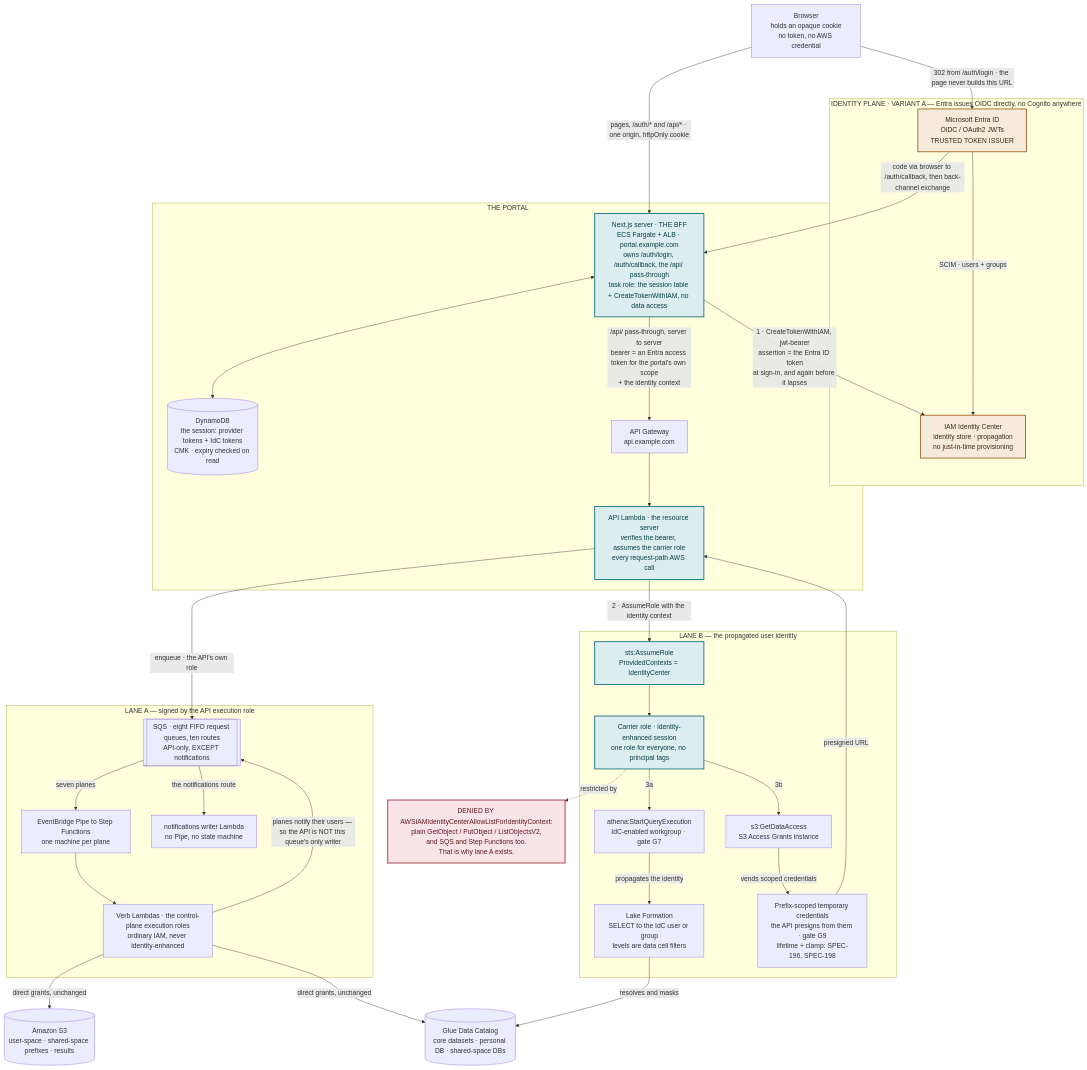
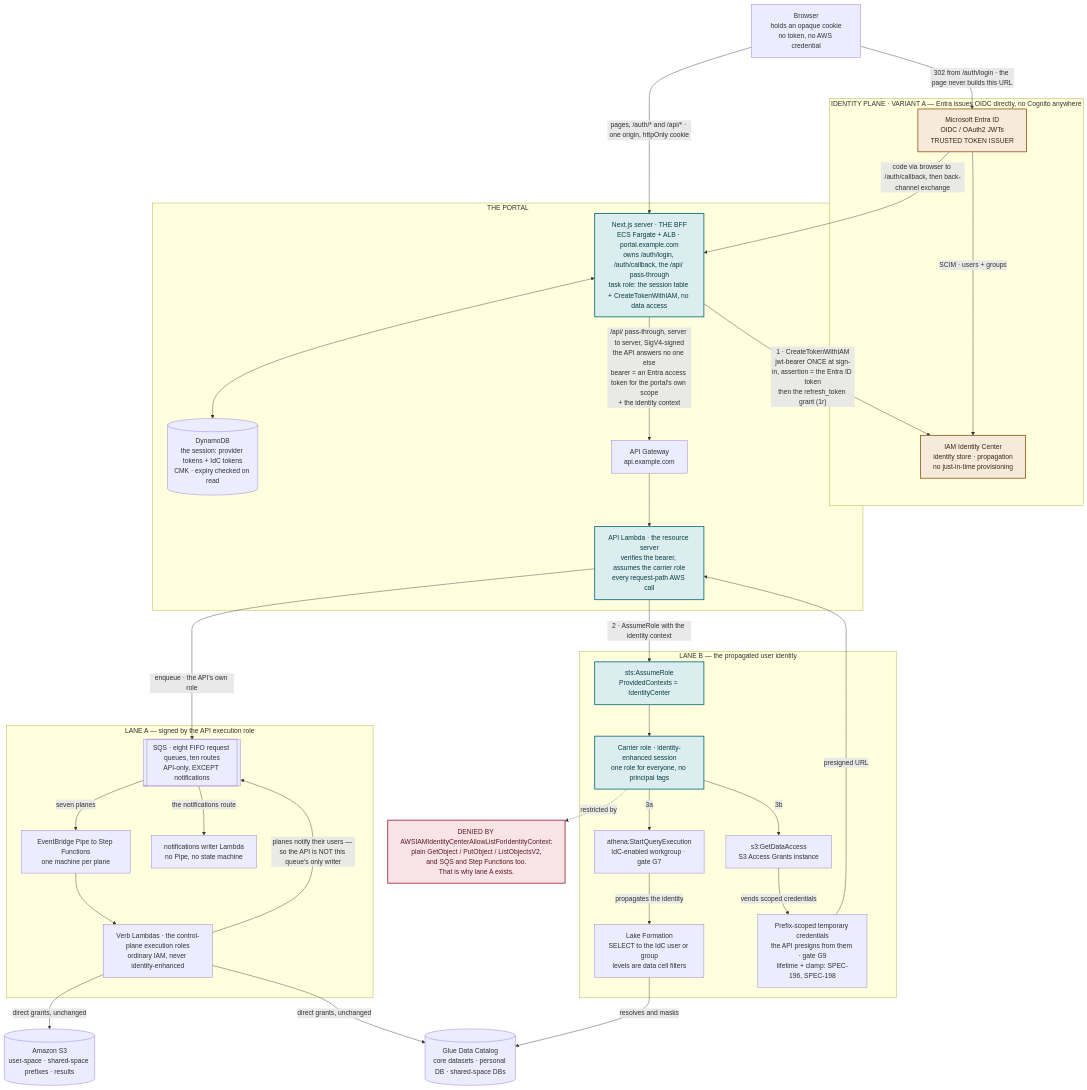
One commit to agriffi10/data-analysis-prototype changed the first of 3 diagrams in docs/target-architecture-variants.md. Above: the diagram before and after it, drawn with Mermaid. The commit also changed other lines of this file and 1 other file, not shown here.

First line of the commit message:
Answer the accuracy review: the context is unbound, so the API answers only the server

````diff
--- a/docs/target-architecture-variants.md
+++ b/docs/target-architecture-variants.md
@@ -88,65 +88,65 @@
 ```mermaid
 flowchart TB
   BR["Browser<br/>holds an opaque cookie<br/>no token, no AWS credential"]
 
   subgraph IDPLANE["IDENTITY PLANE · VARIANT A — Entra issues OIDC directly, no Cognito anywhere"]
     ENTRA["Microsoft Entra ID<br/>OIDC / OAuth2 JWTs<br/>TRUSTED TOKEN ISSUER"]
     IDC["IAM Identity Center<br/>identity store · propagation<br/>no just-in-time provisioning"]
     ENTRA -->|"SCIM · users + groups"| IDC
   end
 
   subgraph PORTAL["THE PORTAL"]
     WEB["Next.js server · THE BFF<br/>ECS Fargate + ALB · portal.example.com<br/>owns /auth/login, /auth/callback, the /api/ pass-through<br/>task role: the session table + CreateTokenWithIAM, no data access"]
     DDB[("DynamoDB<br/>the session: provider tokens + IdC tokens<br/>CMK · expiry checked on read")]
     APIGW["API Gateway<br/>api.example.com"]
     API["API Lambda · the resource server<br/>verifies the bearer, assumes the carrier role<br/>every request-path AWS call"]
   end
 
   subgraph LANEA["LANE A — signed by the API execution role"]
     SQS[["SQS · eight FIFO request queues, ten routes<br/>API-only, EXCEPT notifications"]]
     PIPE["EventBridge Pipe to Step Functions<br/>one machine per plane"]
     VERBS["Verb Lambdas · the control-plane execution roles<br/>ordinary IAM, never identity-enhanced"]
     NOTIFW["notifications writer Lambda<br/>no Pipe, no state machine"]
   end
 
   subgraph LANEB["LANE B — the propagated user identity"]
     STS["sts:AssumeRole<br/>ProvidedContexts = IdentityCenter"]
     CARRIER["Carrier role · identity-enhanced session<br/>one role for everyone, no principal tags"]
     ATHENA["athena:StartQueryExecution<br/>IdC-enabled workgroup · gate G7"]
     LF["Lake Formation<br/>SELECT to the IdC user or group<br/>levels are data cell filters"]
     AG["s3:GetDataAccess<br/>S3 Access Grants instance"]
     CREDS["Prefix-scoped temporary credentials<br/>the API presigns from them · gate G9<br/>lifetime + clamp: SPEC-196, SPEC-198"]
   end
 
   DENY["DENIED BY AWSIAMIdentityCenterAllowListForIdentityContext:<br/>plain GetObject / PutObject / ListObjectsV2,<br/>and SQS and Step Functions too.<br/>That is why lane A exists."]
 
   GLUE[("Glue Data Catalog<br/>core datasets · personal DB · shared-space DBs")]
   S3[("Amazon S3<br/>user-space · shared-space prefixes · results")]
 
   BR -->|"302 from /auth/login · the page never builds this URL"| ENTRA
   ENTRA -->|"code via browser to /auth/callback, then back-channel exchange"| WEB
   BR -->|"pages, /auth/* and /api/* · one origin, httpOnly cookie"| WEB
   WEB <--> DDB
-  WEB -->|"1 · CreateTokenWithIAM, jwt-bearer<br/>assertion = the Entra ID token<br/>at sign-in, and again before it lapses"| IDC
-  WEB -->|"/api/ pass-through, server to server<br/>bearer = an Entra access token for the portal's own scope<br/>+ the identity context"| APIGW
+  WEB -->|"1 · CreateTokenWithIAM<br/>jwt-bearer ONCE at sign-in, assertion = the Entra ID token<br/>then the refresh_token grant (1r)"| IDC
+  WEB -->|"/api/ pass-through, server to server, SigV4-signed<br/>the API answers no one else<br/>bearer = an Entra access token for the portal's own scope<br/>+ the identity context"| APIGW
   APIGW --> API
 
   API -->|"enqueue · the API's own role"| SQS
   SQS -->|"seven planes"| PIPE --> VERBS
   SQS -->|"the notifications route"| NOTIFW
   VERBS -->|"direct grants, unchanged"| S3
   VERBS -->|"direct grants, unchanged"| GLUE
   VERBS -->|"planes notify their users — so the API is NOT this queue's only writer"| SQS
 
   API -->|"2 · AssumeRole with the identity context"| STS --> CARRIER
   CARRIER -.->|"restricted by"| DENY
   CARRIER -->|"3a"| ATHENA -->|"propagates the identity"| LF -->|"resolves and masks"| GLUE
   CARRIER -->|"3b"| AG -->|"vends scoped credentials"| CREDS -->|"presigned URL"| API
 
   classDef variant fill:#F6EADA,stroke:#9B5D18,stroke-width:2px,color:#3A2A12
   classDef session fill:#DBEDEF,stroke:#0E6E78,stroke-width:2px,color:#0B3F45
   classDef deny fill:#F8E4E6,stroke:#9E2937,stroke-width:2px,color:#5C1A22
   class ENTRA,IDC variant
   class WEB,API,STS,CARRIER session
   class DENY deny
 ```
````
